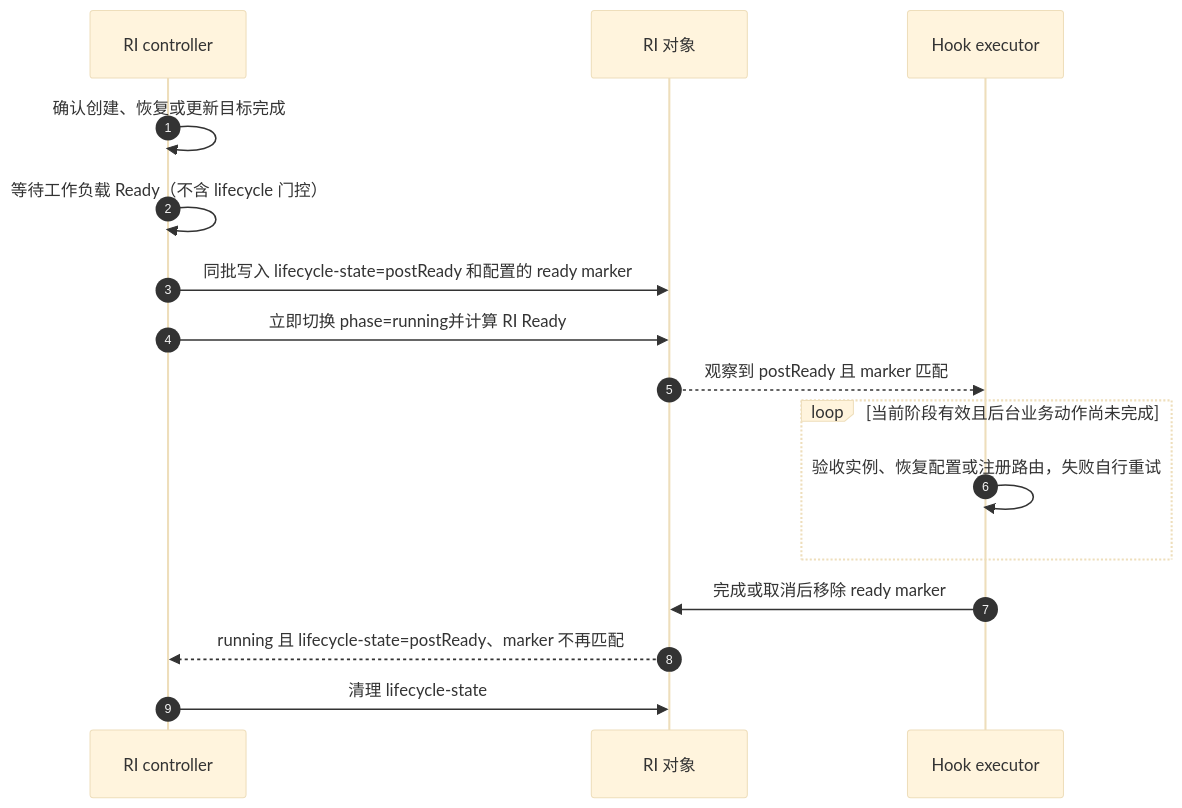
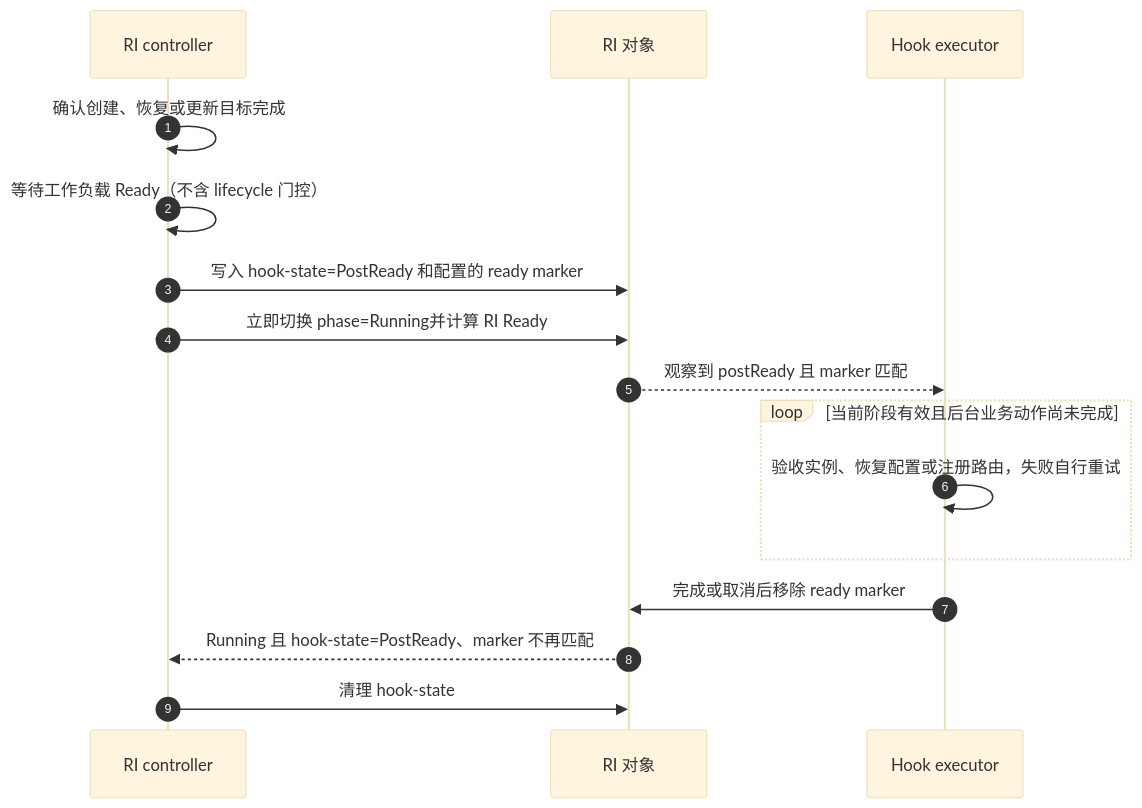
Before and after one commit to sgl-project/rbg: the third of 4 diagrams in keps/527-roleinstance-lifecycle/README.zh-CN.md, drawn with Mermaid (base theme). The commit also changed other lines of this file and 2 other files, not shown here.

Commit message:
docs: define RI lifecycle constants and values

````diff
--- a/keps/527-roleinstance-lifecycle/README.zh-CN.md
+++ b/keps/527-roleinstance-lifecycle/README.zh-CN.md
@@ -389,18 +430,18 @@
 ```mermaid
 sequenceDiagram
     autonumber
     participant C as RI controller
     participant R as RI 对象
     participant E as Hook executor
     C->>C: 确认创建、恢复或更新目标完成
     C->>C: 等待工作负载 Ready（不含 lifecycle 门控）
-    C->>R: 同批写入 lifecycle-state=postReady 和配置的 ready marker
-    C->>R: 立即切换 phase=running并计算 RI Ready
+    C->>R: 写入 hook-state=PostReady 和配置的 ready marker
+    C->>R: 立即切换 phase=Running并计算 RI Ready
     R-->>E: 观察到 postReady 且 marker 匹配
     loop 当前阶段有效且后台业务动作尚未完成
         E->>E: 验收实例、恢复配置或注册路由，失败自行重试
     end
     E->>R: 完成或取消后移除 ready marker
-    R-->>C: running 且 lifecycle-state=postReady、marker 不再匹配
-    C->>R: 清理 lifecycle-state
+    R-->>C: Running 且 hook-state=PostReady、marker 不再匹配
+    C->>R: 清理 hook-state
 ```
````
